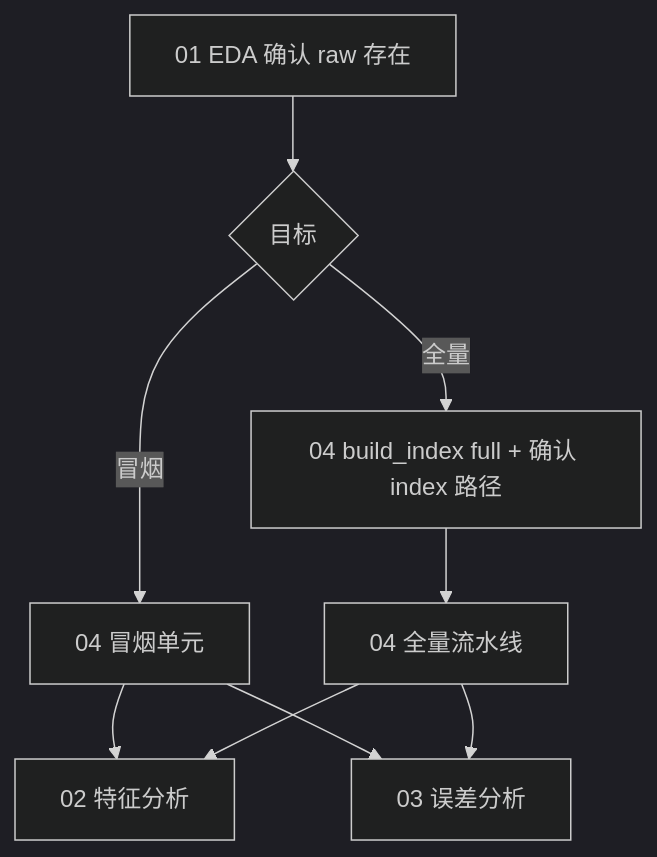
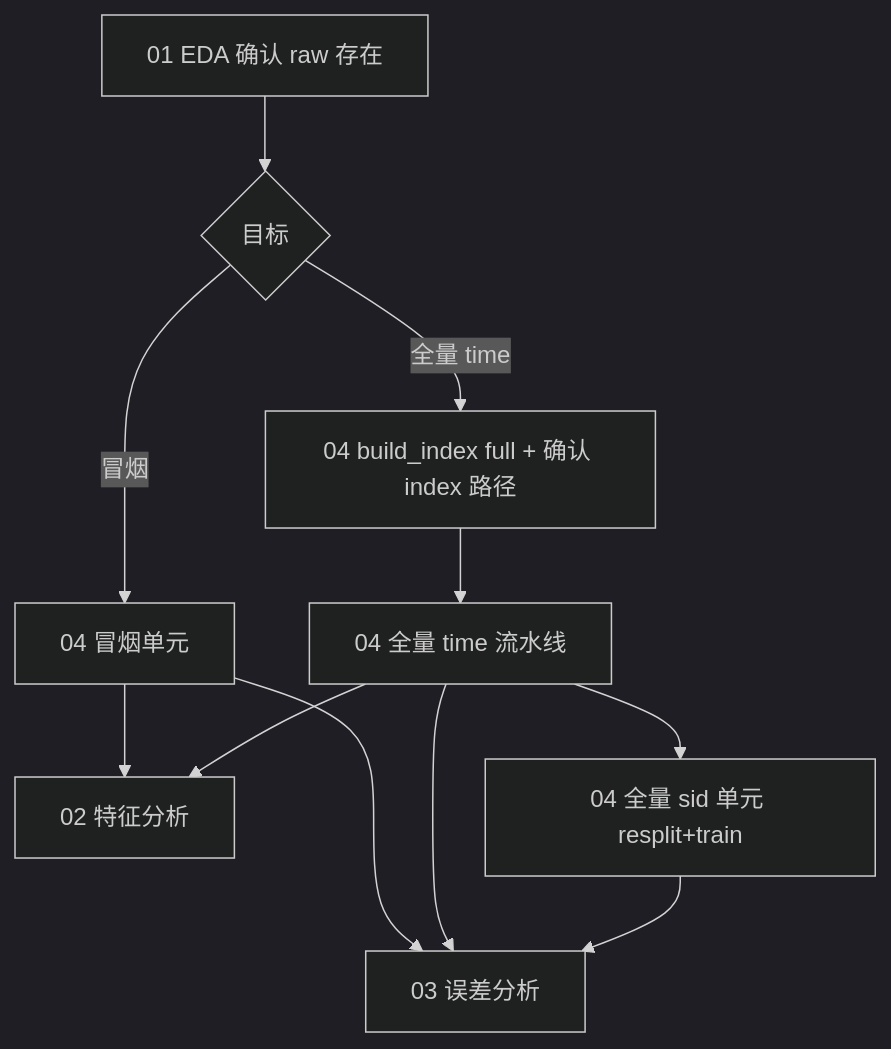
Before and after one commit to amunlau/dram_cnn: the diagram in notebooks/README.md, drawn with Mermaid (dark theme). The commit also changed other lines of this file and 40 other files, not shown here.

````diff
--- a/notebooks/README.md
+++ b/notebooks/README.md
@@ -56,11 +70,13 @@
 ```mermaid
 flowchart TD
   A[01 EDA 确认 raw 存在] --> B{目标}
   B -->|冒烟| C[04 冒烟单元]
   C --> D[02 特征分析]
   C --> E[03 误差分析]
-  B -->|全量| F[04 build_index full + 确认 index 路径]
-  F --> G[04 全量流水线]
+  B -->|全量 time| F[04 build_index full + 确认 index 路径]
+  F --> G[04 全量 time 流水线]
+  G --> H[04 全量 sid 单元 resplit+train]
   G --> D
   G --> E
+  H --> E
 ```
````
